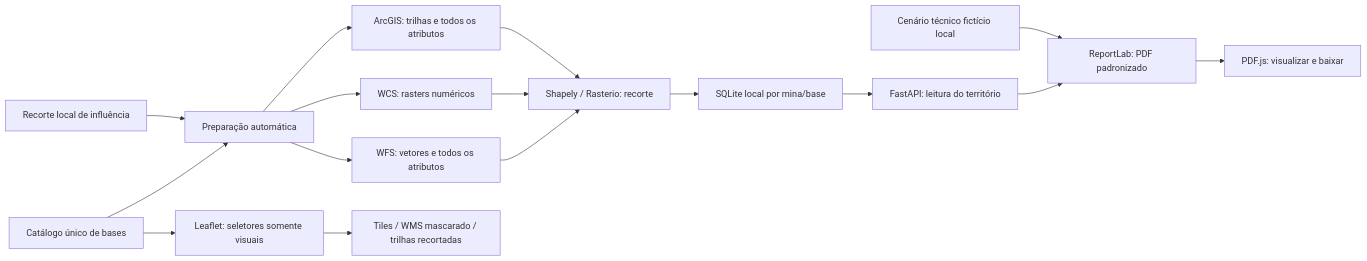
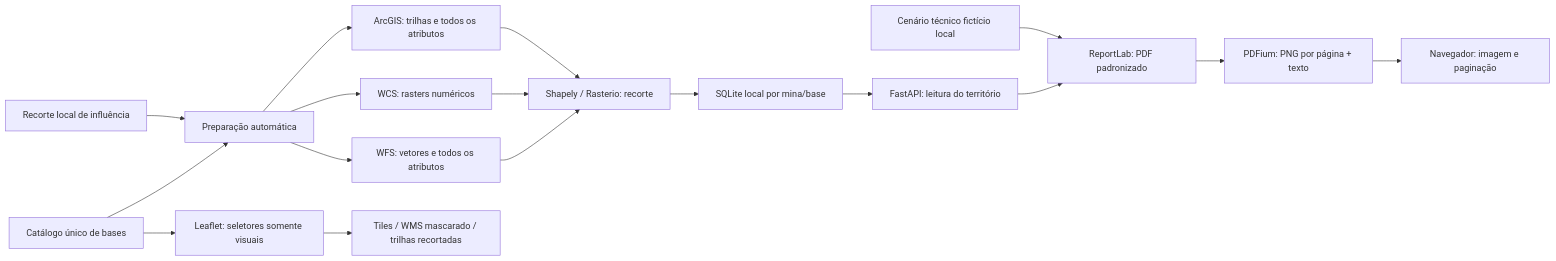
One commit to Rafael-Inacio-Silva/Geo_Vale changed the diagram in docs/ARQUITETURA.md. Above: the diagram before and after it, drawn with Mermaid. The commit also changed other lines of this file and 31 other files, not shown here.

````diff
--- a/docs/ARQUITETURA.md
+++ b/docs/ARQUITETURA.md
@@ -3,18 +3,19 @@
 ```mermaid
 flowchart LR
     C[Catálogo único de bases] --> P[Preparação automática]
     R[Recorte local de influência] --> P
     P --> W[WFS: vetores e todos os atributos]
     P --> T[WCS: rasters numéricos]
     P --> G[ArcGIS: trilhas e todos os atributos]
     W --> X[Shapely / Rasterio: recorte]
     T --> X
     G --> X
     X --> B[SQLite local por mina/base]
     B --> A[FastAPI: leitura do território]
     A --> U[ReportLab: PDF padronizado]
     S[Cenário técnico fictício local] --> U
-    U --> J[PDF.js: visualizar e baixar]
+    U --> J[PDFium: PNG por página + texto]
+    J --> N[Navegador: imagem e paginação]
     C --> V[Leaflet: seletores somente visuais]
     V --> F[Tiles / WMS mascarado / trilhas recortadas]
 ```
````
